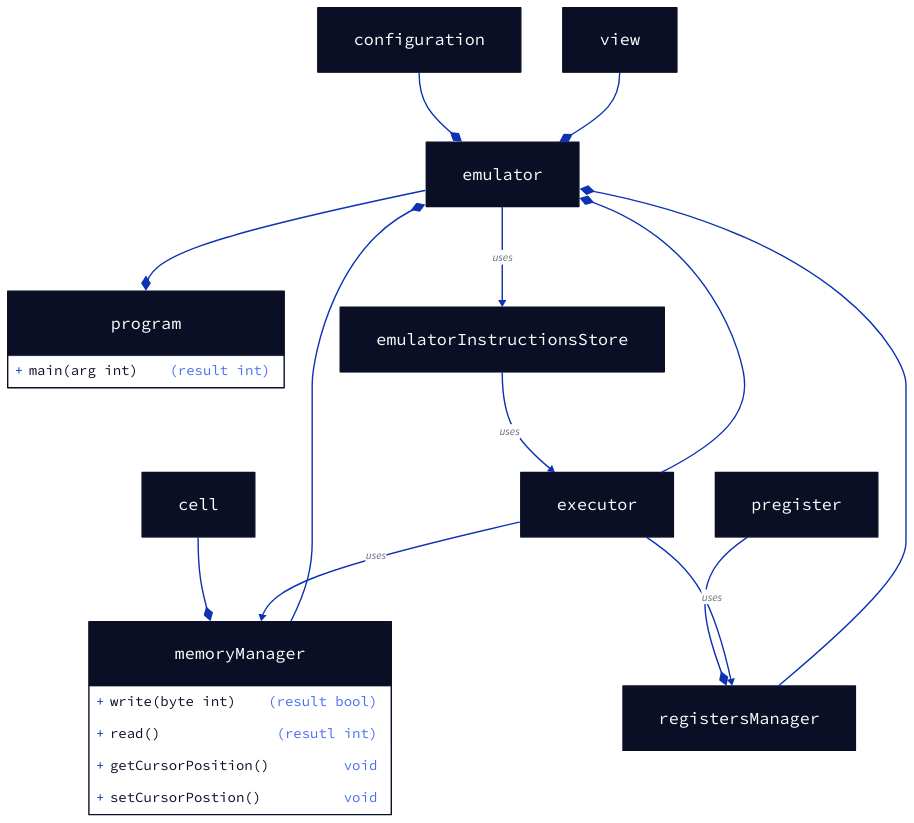
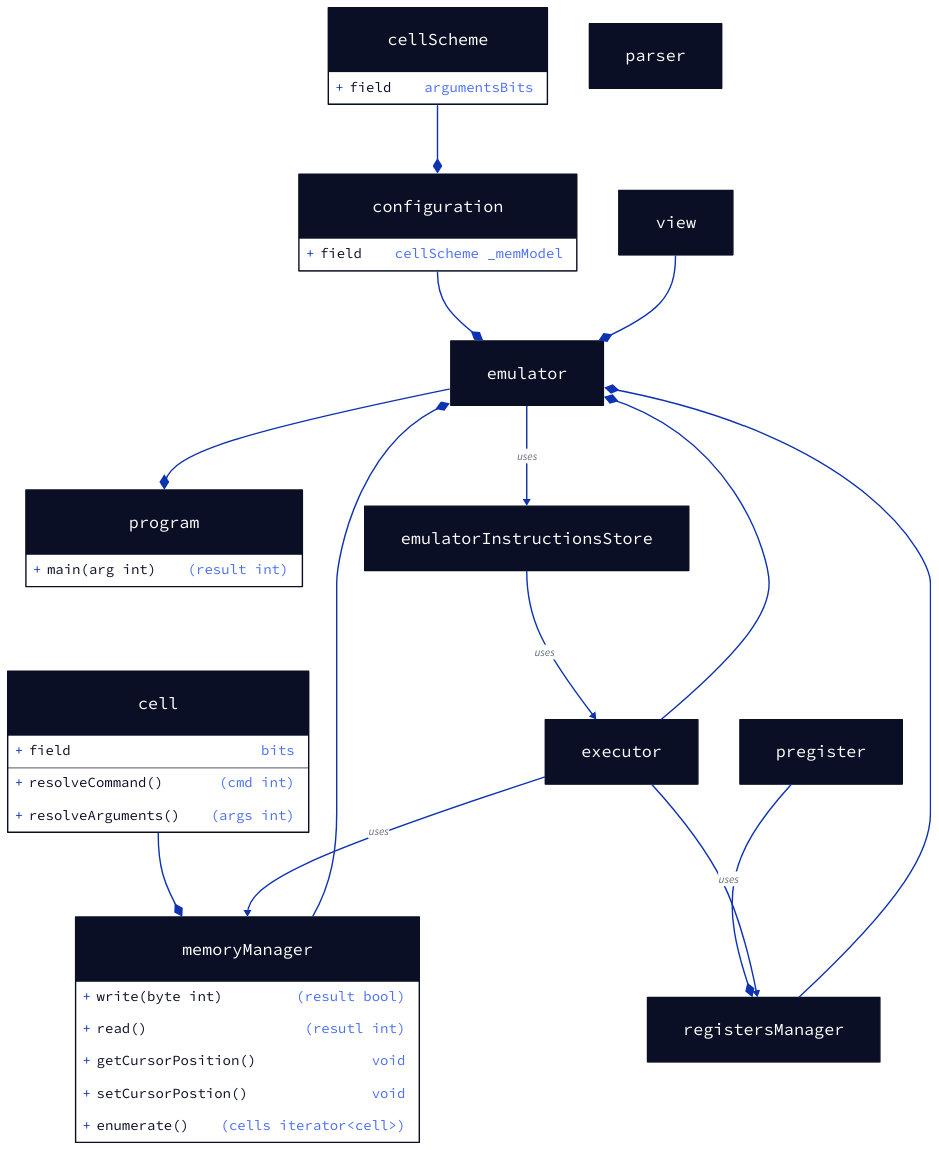
One commit to mrrrTom/dv_em changed the diagram in architecture/classes.d2. Above: the diagram before and after it, drawn with D2. The commit also changed other lines of this file and 12 other files, not shown here.

```diff
--- a/architecture/classes.d2
+++ b/architecture/classes.d2
@@ -1,110 +1,140 @@
 program: {
 	shape: class
 	main(arg int): (result int)
 }
 
 emulator: {
 	shape: class
 }
 
 emulator -> program: {
 	target-arrowhead: {
 		shape: diamond
 		style.filled: true
 	}
 }
 
 configuration: {
 	shape: class
+	
+	field: cellScheme _memModel
+}
+
+cellScheme: {
+	shape: class
+
+	field: commandBits # [start, end]
+	field: argumentsBits # [start, end]
+}
+
+cellScheme -> configuration: {
+	target-arrowhead: {
+		shape: diamond
+		style.filled: true
+	}
 }
 
 configuration -> emulator: {
 	target-arrowhead: {
 		shape: diamond
 		style.filled: true
 	}
 }
 
 emulatorInstructionsStore: {
 	shape: class
 }
 
 emulator -> emulatorInstructionsStore: uses {
 }
 
 emulatorInstructionsStore -> executor: uses {
 }
 
 view: {
 	shape: class
 }
 
 view -> emulator: {
 	target-arrowhead: {
 		shape: diamond
 		style.filled: true
 	}
 }
 
 memoryManager: {
 	shape: class
-	
 	write(byte int): (result bool)
 	read(): (resutl int)
 	getCursorPosition()
 	setCursorPostion()
+	enumerate(): (cells iterator<cell>)
 }
 
 memoryManager -> emulator: {
 	target-arrowhead: {
 		shape: diamond
 		style.filled: true
 	}
 }
 
 cell: {
 	shape: class
+	field: _commandResolver
+	field: _argumentsResolver
+
+	field: _adressSize
+	field: adress
+	field: cellSize #bits
+	field: bits # max number (need compile time check for configuration)
+	
+	resolveCommand(): (cmd int)
+	resolveArguments(): (args int)
 }
 
 cell -> memoryManager: {
 	target-arrowhead: {
 		shape: diamond
 		style.filled: true
 	}
 }
 
 registersManager: {
 	shape: class
 }
 
 registersManager -> emulator: {
 	target-arrowhead: {
 		shape: diamond
 		style.filled: true
 	}
 }
 
 pregister: {
 	shape: class
 }
 
 pregister -> registersManager: {
 	target-arrowhead: {
 		shape: diamond
 		style.filled: true
 	}
 }
 
 executor: {
 	shape: class
 }
 
 executor -> emulator: {
 	target-arrowhead: {
 		shape: diamond
 		style.filled: true
 	}
 }
 
 executor -> memoryManager: uses 
 executor -> registersManager: uses
+
+parser: {
+	shape: class
+}
```
